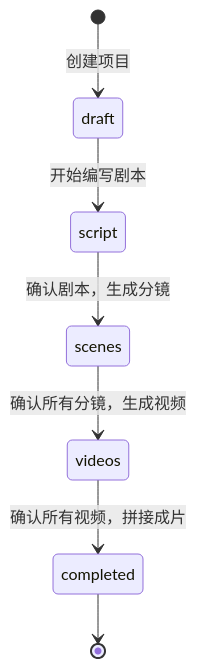
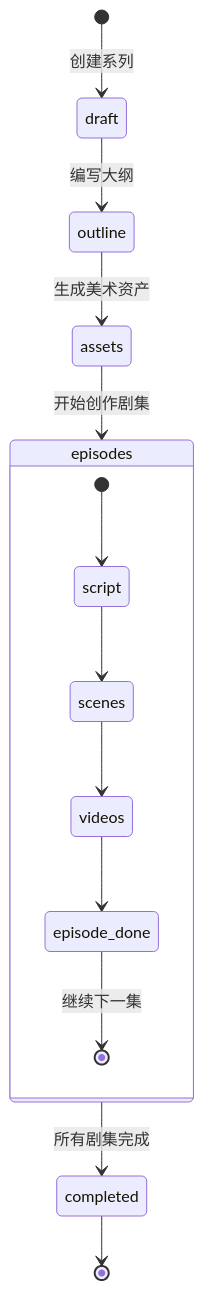
One commit to syghhhhh/AutoDrama changed the third of 5 diagrams in architecture.md. Above: the diagram before and after it, drawn with Mermaid. The commit also changed other lines of this file and 3 other files, not shown here.

````diff
--- a/architecture.md
+++ b/architecture.md
@@ -113,9 +163,17 @@
 ```mermaid
 stateDiagram-v2
-    [*] --> draft: 创建项目
-    draft --> script: 开始编写剧本
-    script --> scenes: 确认剧本，生成分镜
-    scenes --> videos: 确认所有分镜，生成视频
-    videos --> completed: 确认所有视频，拼接成片
+    [*] --> draft: 创建系列
+    draft --> outline: 编写大纲
+    outline --> assets: 生成美术资产
+    assets --> episodes: 开始创作剧集
+    episodes --> completed: 所有剧集完成
     completed --> [*]
+
+    state episodes {
+        [*] --> script
+        script --> scenes
+        scenes --> videos
+        videos --> episode_done
+        episode_done --> [*]: 继续下一集
+    }
 ```
````
